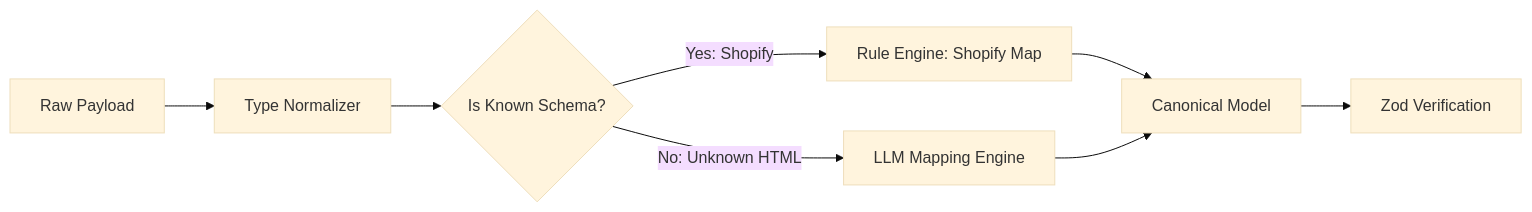
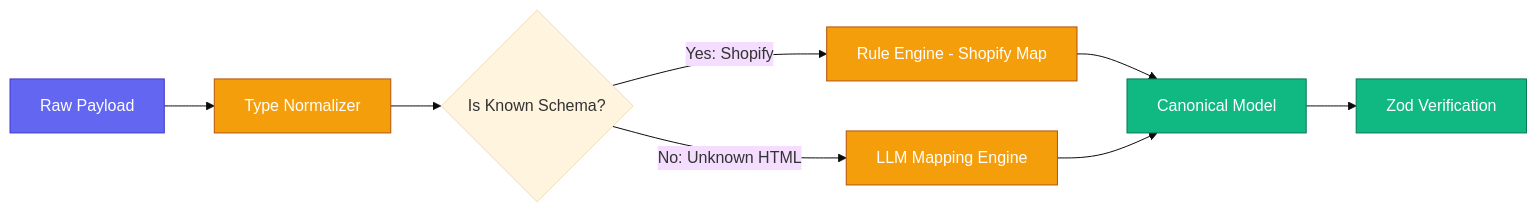
The diagram in docs/architecture/mapping-layer.md (sonishivam1/commerce-orchestrator), drawn with Mermaid (base theme) before and after one commit. The commit also changed 6 other files, not shown here.

Commit message:
fix(docs): fix all Mermaid parse errors and add colors to all diagrams

````diff
--- a/docs/architecture/mapping-layer.md
+++ b/docs/architecture/mapping-layer.md
@@ -16,13 +16,22 @@
 ```mermaid
 flowchart LR
-    In[Raw Payload] --> Norm[Type Normalizer]
-    Norm --> Check{Is Known Schema?}
-    
-    Check -->|Yes: Shopify| Rules[Rule Engine: Shopify Map]
-    Check -->|No: Unknown HTML| AI[LLM Mapping Engine]
-    
-    Rules --> Canon[Canonical Model]
+    classDef input fill:#6366f1,stroke:#4338ca,color:#fff
+    classDef engine fill:#f59e0b,stroke:#b45309,color:#fff
+    classDef canon fill:#10b981,stroke:#047857,color:#fff
+
+    In["Raw Payload"]:::input
+    Norm["Type Normalizer"]:::engine
+    Check{"Is Known Schema?"}
+    Rules["Rule Engine - Shopify Map"]:::engine
+    AI["LLM Mapping Engine"]:::engine
+    Canon["Canonical Model"]:::canon
+    Validator["Zod Verification"]:::canon
+
+    In --> Norm
+    Norm --> Check
+    Check -->|"Yes: Shopify"| Rules
+    Check -->|"No: Unknown HTML"| AI
+    Rules --> Canon
     AI --> Canon
-    
-    Canon --> Validator[Zod Verification]
+    Canon --> Validator
 ```
````
